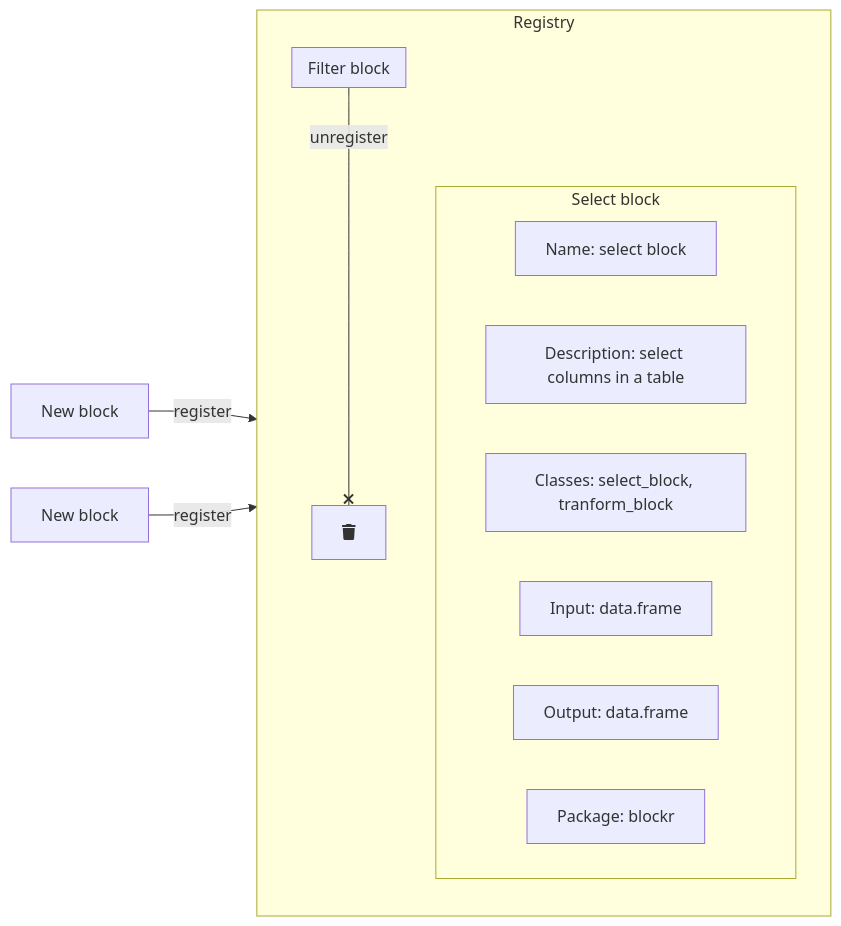
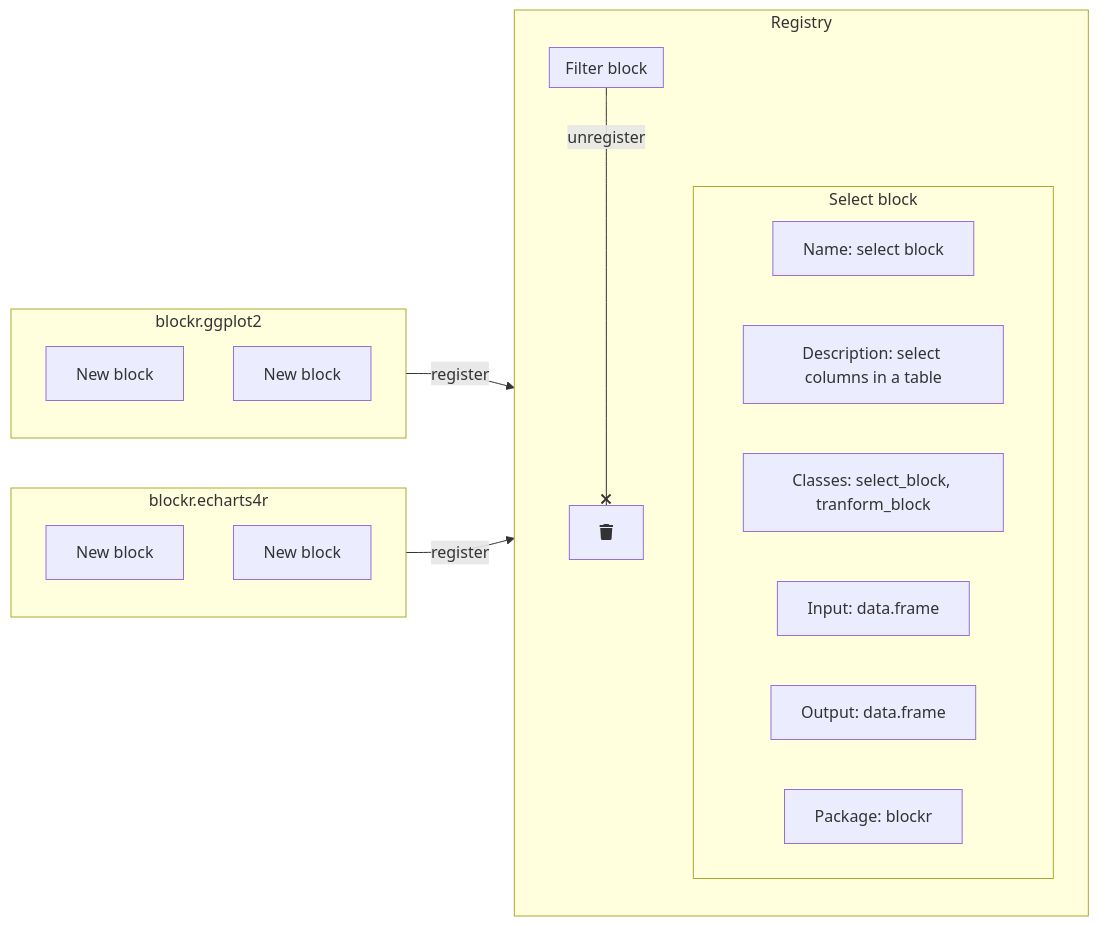
One commit to BristolMyersSquibb/useR2024 changed the seventh of 7 diagrams in index.qmd. Above: the diagram before and after it, drawn with Mermaid. The commit also changed other lines of this file and 5 other files, not shown here.

````diff
--- a/index.qmd
+++ b/index.qmd
@@ -504,21 +581,27 @@
 ```{mermaid}
 %%| mermaid-format: svg
 flowchart LR
-  new_block1[New block]
-  new_block2[New block]
+  subgraph blockr_ggplot2[blockr.ggplot2]
+    new_block1[New block]
+    new_block2[New block]
+  end
+  subgraph blockr_echarts4r[blockr.echarts4r]
+    new_block3[New block]
+    new_block4[New block]
+  end
+  blockr_ggplot2 --> |register| registry
+  blockr_echarts4r --> |register| registry
   subgraph registry[Registry]
     subgraph select_reg[Select block]
       reg_name[Name: select block]
       reg_descr[Description: select columns in a table]
       reg_classes[Classes: select_block, tranform_block]
       reg_input[Input: data.frame]
       reg_output[Output: data.frame]
       reg_package[Package: blockr]
     end
     subgraph filter_reg[Filter block]
     end
     filter_reg --x |unregister| trash["fa:fa-trash"]
   end
-  new_block1 --> |register| registry
-  new_block2 --> |register| registry
 ```
````
